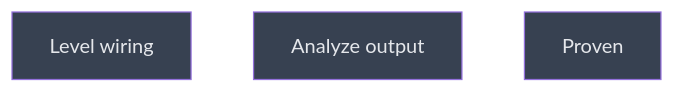
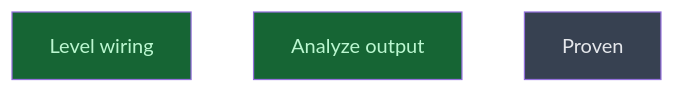
One commit to CrackingShells/Candler changed the diagram in __roadmap__/m6a-paired-stats/resolve/wired/README.md. Above: the diagram before and after it, drawn with Mermaid. The commit also changed other lines of this file and 2 other files, not shown here.

````diff
--- a/__roadmap__/m6a-paired-stats/resolve/wired/README.md
+++ b/__roadmap__/m6a-paired-stats/resolve/wired/README.md
@@ -19,11 +19,11 @@
 ```mermaid
 graph TD
-    level_wiring[Level wiring]:::planned
-    analyze_output[Analyze output]:::planned
+    level_wiring[Level wiring]:::done
+    analyze_output[Analyze output]:::done
     proven[Proven]:::planned
     classDef done       fill:#166534,color:#bbf7d0
     classDef inprogress fill:#854d0e,color:#fef08a
     classDef planned    fill:#374151,color:#e5e7eb
     classDef amendment  fill:#1e3a5f,color:#bfdbfe
     classDef blocked    fill:#7f1d1d,color:#fecaca
 ```
````
